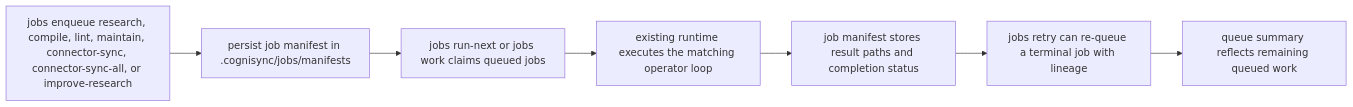
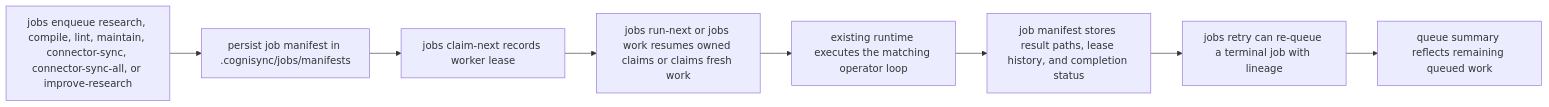
Before and after one commit to shrijacked/Cognisync: the second of 2 diagrams in docs/operator-workflows.md, drawn with Mermaid. The commit also changed other lines of this file and 2 other files, not shown here.

Commit message:
docs: explain leased job execution

````diff
--- a/docs/operator-workflows.md
+++ b/docs/operator-workflows.md
@@ -317,9 +321,10 @@
 ```mermaid
 flowchart LR
     A["jobs enqueue research, compile, lint, maintain, connector-sync, connector-sync-all, or improve-research"] --> B["persist job manifest in .cognisync/jobs/manifests"]
-    B --> C["jobs run-next or jobs work claims queued jobs"]
-    C --> D["existing runtime executes the matching operator loop"]
-    D --> E["job manifest stores result paths and completion status"]
-    E --> F["jobs retry can re-queue a terminal job with lineage"]
-    F --> G["queue summary reflects remaining queued work"]
+    B --> C["jobs claim-next records worker lease"]
+    C --> D["jobs run-next or jobs work resumes owned claims or claims fresh work"]
+    D --> E["existing runtime executes the matching operator loop"]
+    E --> F["job manifest stores result paths, lease history, and completion status"]
+    F --> G["jobs retry can re-queue a terminal job with lineage"]
+    G --> H["queue summary reflects remaining queued work"]
 ```
````
